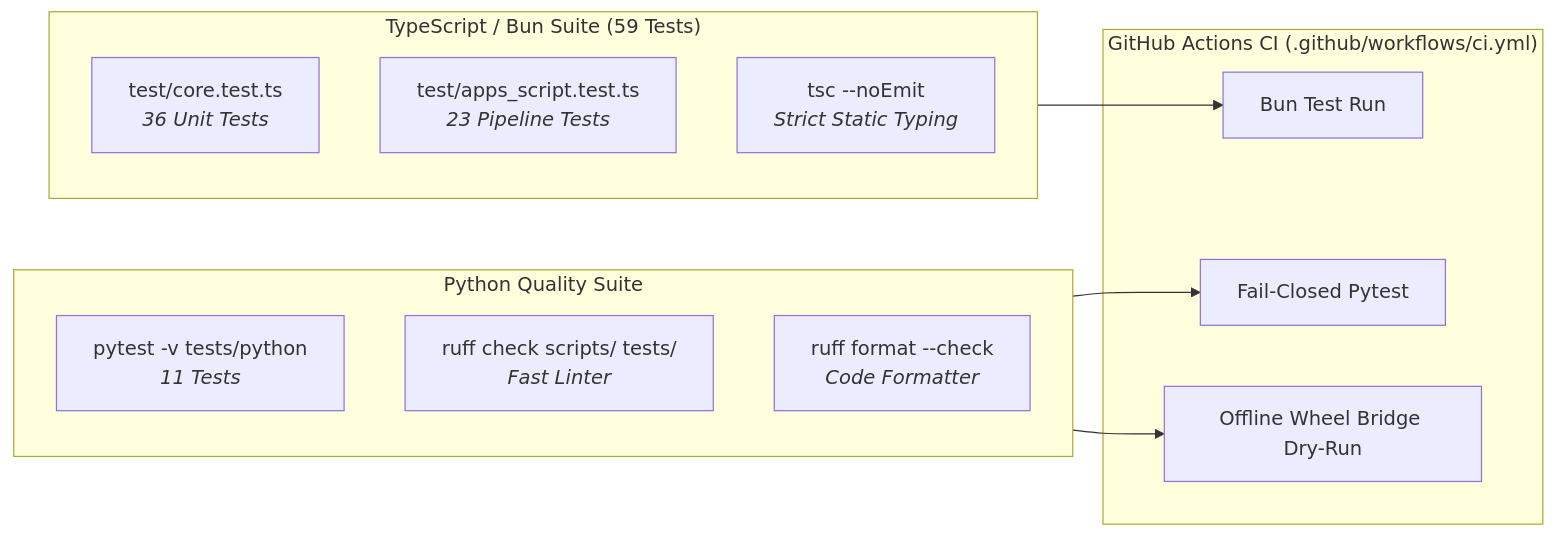
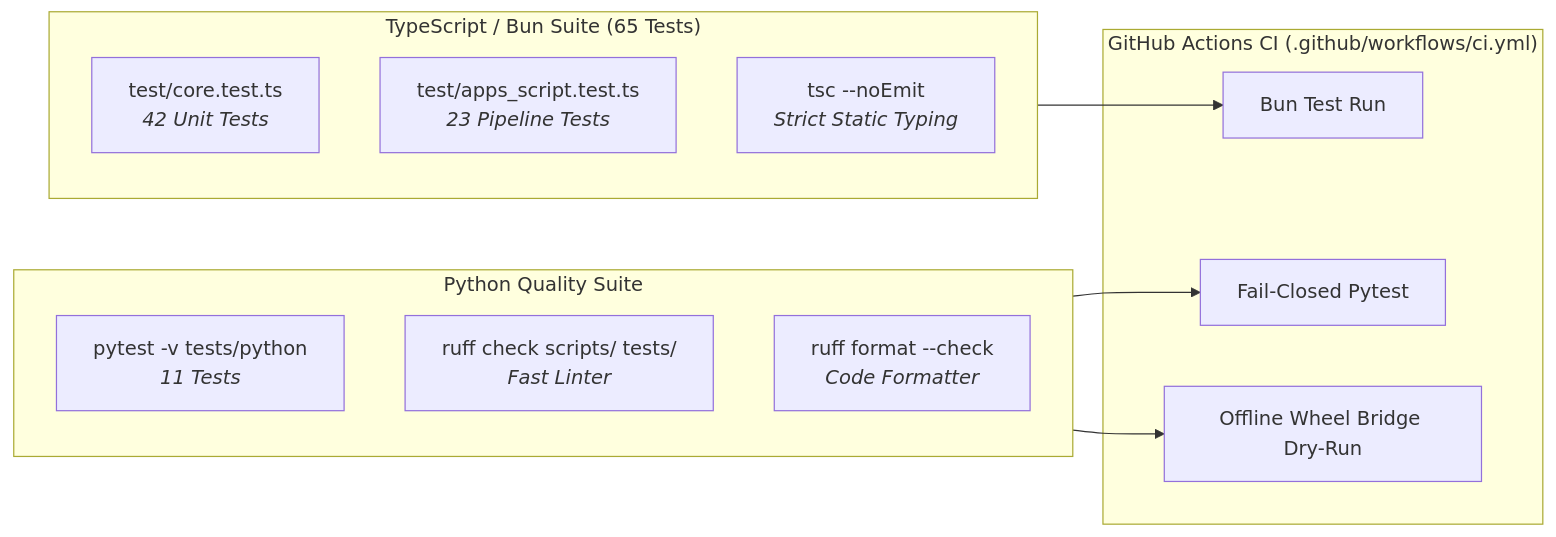
The second of 2 diagrams in docs/IMPLEMENTATION_PLAN.md (wryenmeek/gemini-spark-automations), drawn with Mermaid before and after one commit. The commit also changed other lines of this file and 9 other files, not shown here.

````diff
--- a/docs/IMPLEMENTATION_PLAN.md
+++ b/docs/IMPLEMENTATION_PLAN.md
@@ -171,23 +171,23 @@
 ```mermaid
 flowchart LR
-    subgraph TS["TypeScript / Bun Suite (59 Tests)"]
-        CoreTest["test/core.test.ts<br><i>36 Unit Tests</i>"]
+    subgraph TS["TypeScript / Bun Suite (65 Tests)"]
+        CoreTest["test/core.test.ts<br><i>42 Unit Tests</i>"]
         AppsTest["test/apps_script.test.ts<br><i>23 Pipeline Tests</i>"]
         Typecheck["tsc --noEmit<br><i>Strict Static Typing</i>"]
     end
 
     subgraph PY["Python Quality Suite"]
         Pytest["pytest -v tests/python<br><i>11 Tests</i>"]
         RuffLint["ruff check scripts/ tests/<br><i>Fast Linter</i>"]
         RuffFmt["ruff format --check<br><i>Code Formatter</i>"]
     end
 
     subgraph CI["GitHub Actions CI (.github/workflows/ci.yml)"]
         RunBun["Bun Test Run"]
         RunPy["Fail-Closed Pytest"]
         RunWheel["Offline Wheel Bridge Dry-Run"]
     end
 
     TS --> RunBun
     PY --> RunPy & RunWheel
 ```
````
